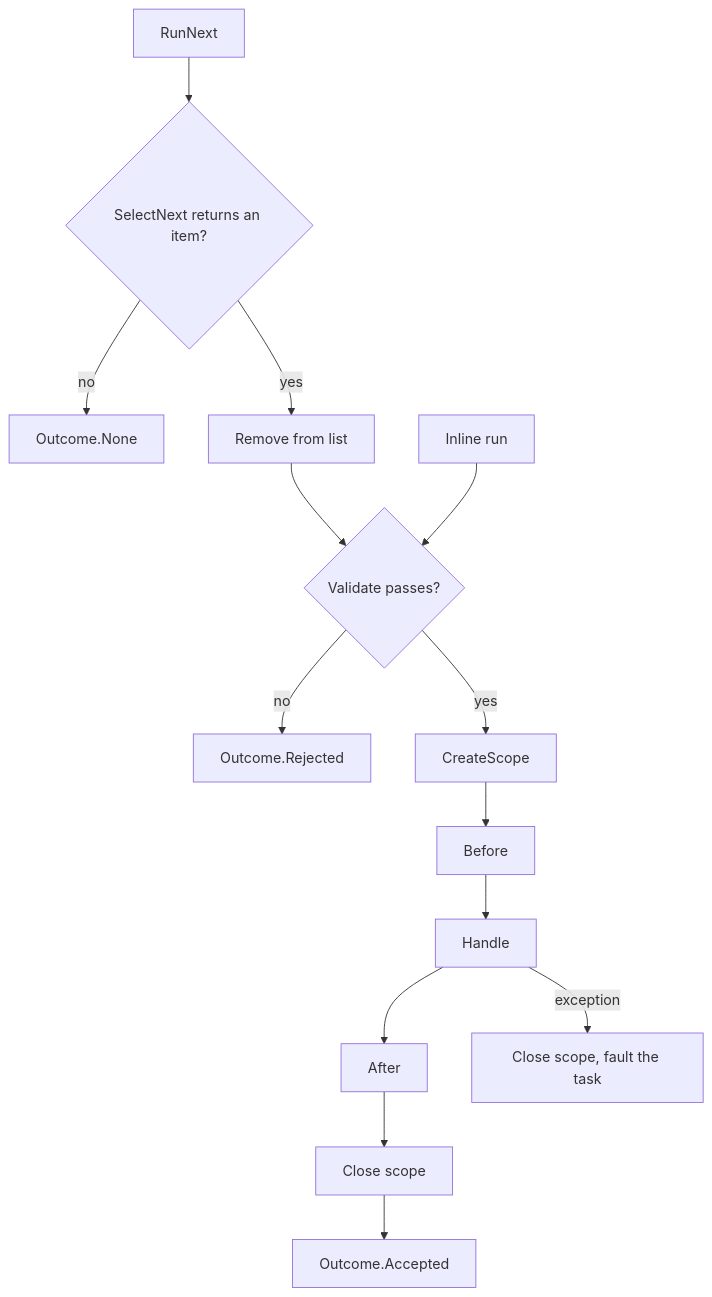
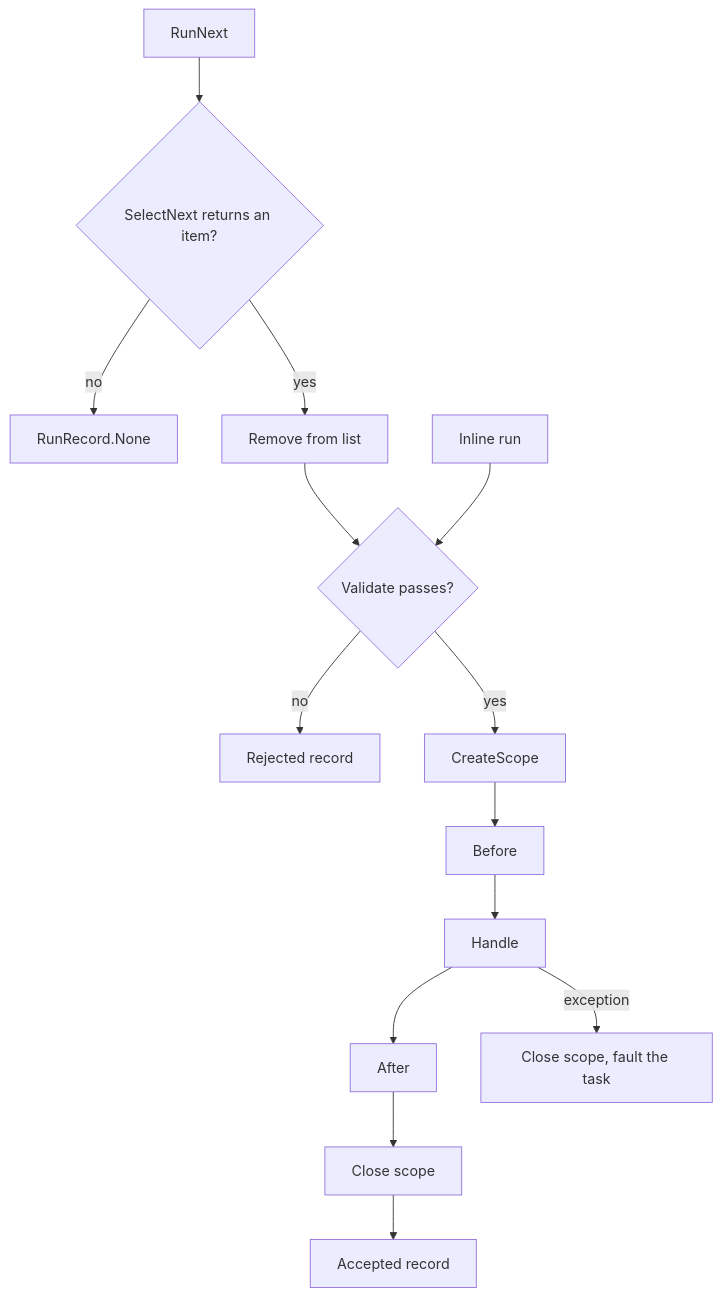
One commit to MgCohen/Card-Framework changed the diagram in Product/spikes/infra-command-pipeline.md. Above: the diagram before and after it, drawn with Mermaid. The commit also changed other lines of this file, not shown here.

First line of the commit message:
Scope the Pipeline spike to one pipeline and a small RunRecord

````diff
--- a/Product/spikes/infra-command-pipeline.md
+++ b/Product/spikes/infra-command-pipeline.md
@@ -331,10 +346,10 @@
 ```mermaid
 flowchart TD
   A["RunNext"] --> S{"SelectNext returns an item?"}
-  S -- no --> N["Outcome.None"]
+  S -- no --> N["RunRecord.None"]
   S -- yes --> R["Remove from list"] --> V{"Validate passes?"}
   I["Inline run"] --> V
-  V -- no --> RJ["Outcome.Rejected"]
-  V -- yes --> C["CreateScope"] --> B["Before"] --> H["Handle"] --> AF["After"] --> CL["Close scope"] --> OK["Outcome.Accepted"]
+  V -- no --> RJ["Rejected record"]
+  V -- yes --> C["CreateScope"] --> B["Before"] --> H["Handle"] --> AF["After"] --> CL["Close scope"] --> OK["Accepted record"]
   H -- exception --> F["Close scope, fault the task"]
 ```
````
